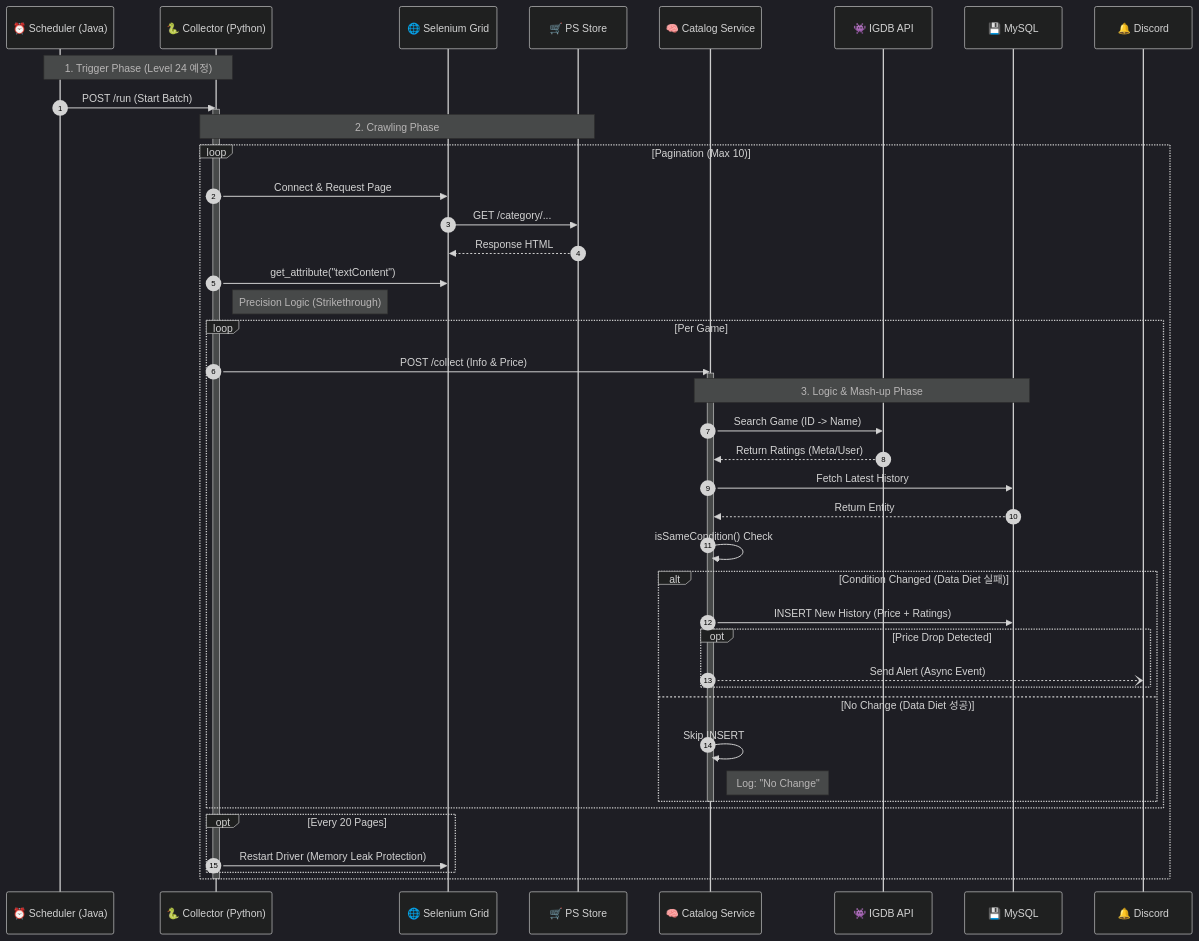
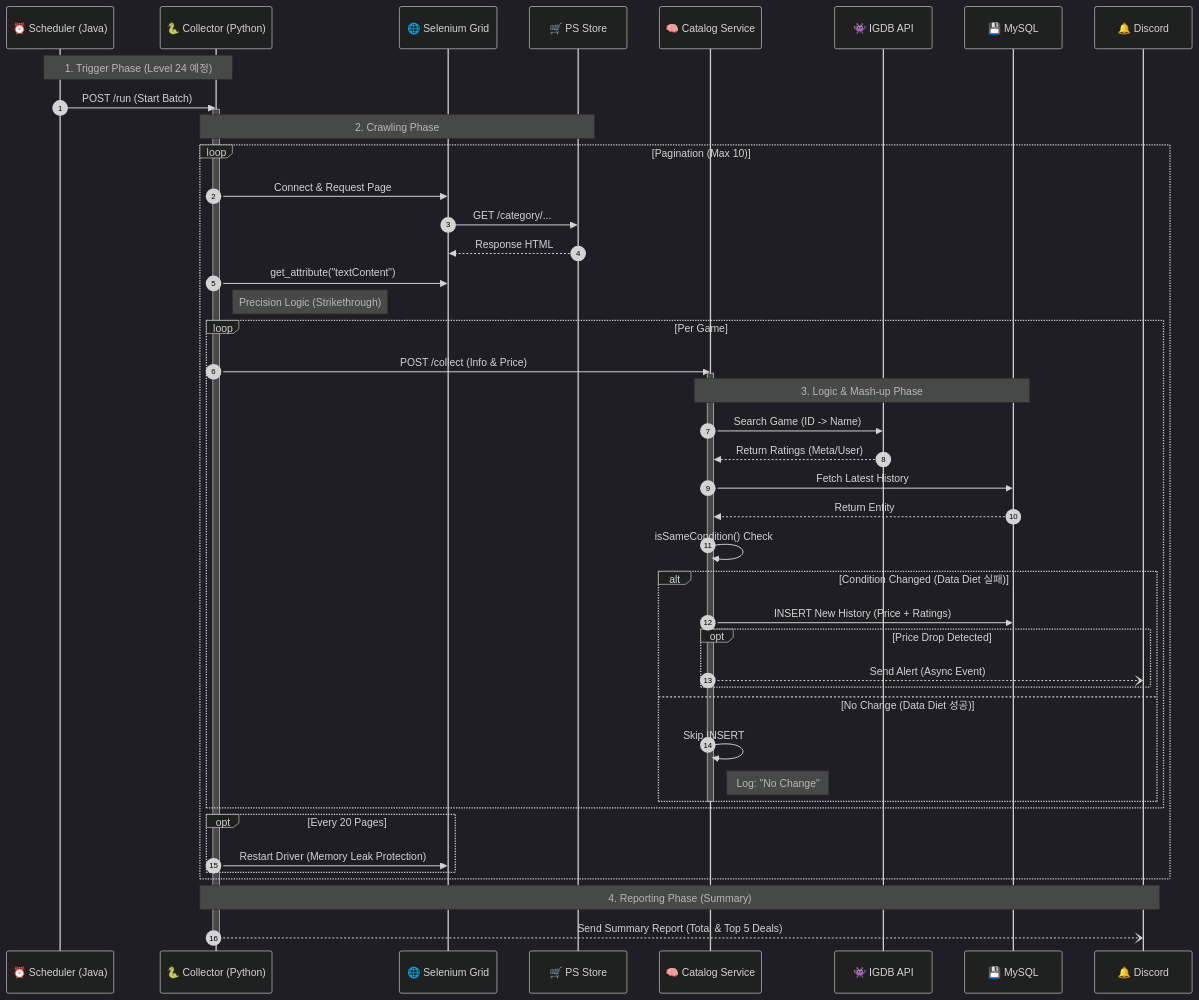
Before and after one commit to ygpark11/backend-lab: the first of 2 diagrams in msa/apps/README.md, drawn with Mermaid (dark theme). The commit also changed other lines of this file, not shown here.

````diff
--- a/msa/apps/README.md
+++ b/msa/apps/README.md
@@ -150,58 +152,61 @@
 ```mermaid
 sequenceDiagram
     autonumber
     participant Scheduler as ⏰ Scheduler (Java)
     participant Crawler as 🐍 Collector (Python)
     participant Chrome as 🌐 Selenium Grid
     participant Store as 🛒 PS Store
     participant Service as 🧠 Catalog Service
     participant IGDB as 👾 IGDB API
     participant DB as 💾 MySQL
     participant Discord as 🔔 Discord
 
     Note over Scheduler, Crawler: 1. Trigger Phase (Level 24 예정)
     Scheduler->>Crawler: POST /run (Start Batch)
     activate Crawler
     
     Note over Crawler, Store: 2. Crawling Phase
     loop Pagination (Max 10)
         Crawler->>Chrome: Connect & Request Page
         Chrome->>Store: GET /category/...
         Store-->>Chrome: Response HTML
         Crawler->>Chrome: get_attribute("textContent")
         Note right of Crawler: Precision Logic (Strikethrough)
 
         loop Per Game
             Crawler->>Service: POST /collect (Info & Price)
             activate Service
             
             Note over Service, DB: 3. Logic & Mash-up Phase
             
             %% [Level 23 추가] IGDB 연동 구간
             Service->>IGDB: Search Game (ID -> Name)
             IGDB-->>Service: Return Ratings (Meta/User)
             
             Service->>DB: Fetch Latest History
             DB-->>Service: Return Entity
             
             Service->>Service: isSameCondition() Check
             
             alt Condition Changed (Data Diet 실패)
                 Service->>DB: INSERT New History (Price + Ratings)
                 
                 opt Price Drop Detected
                     Service--)Discord: Send Alert (Async Event)
                 end
             else No Change (Data Diet 성공)
                 Service->>Service: Skip INSERT
                 Note right of Service: Log: "No Change"
             end
             deactivate Service
         end
         
         opt Every 20 Pages
             Crawler->>Chrome: Restart Driver (Memory Leak Protection)
         end
     end
+    
+    Note over Crawler, Discord: 4. Reporting Phase (Summary)
+    Crawler--)Discord: Send Summary Report (Total & Top 5 Deals)
     deactivate Crawler
 ```
````
